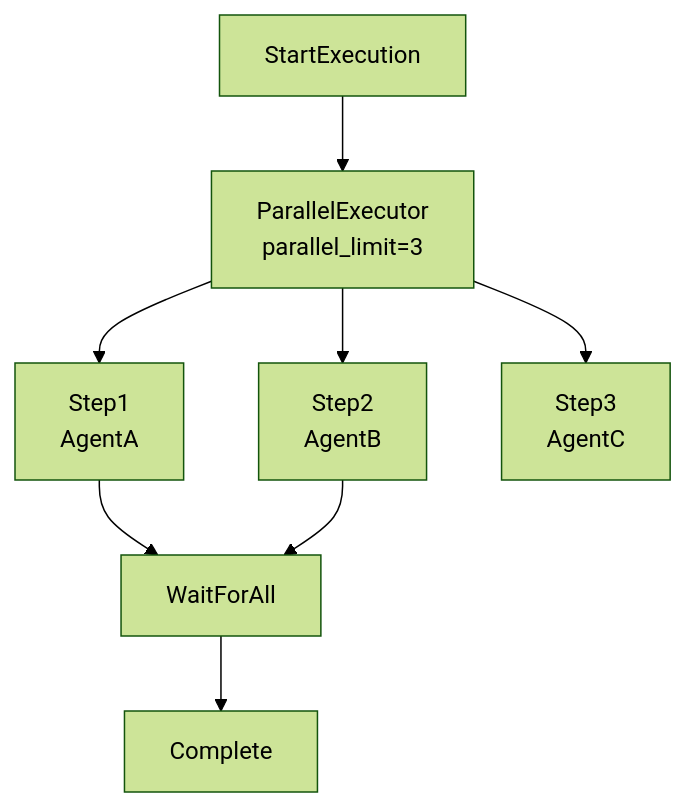
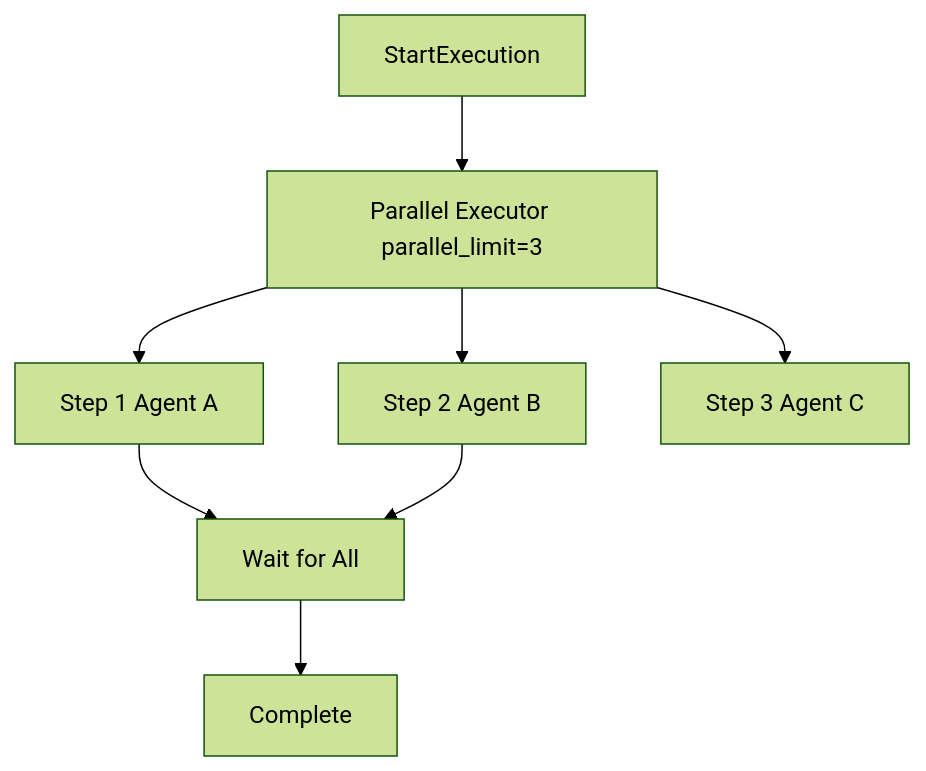
Before and after one commit to AutomatosAI/automatos-ai: the second of 6 diagrams in docs/workflows-recipes/execution-configuration.md, drawn with Mermaid (forest theme). The commit also changed other lines of this file and 188 other files, not shown here.

First line of the commit message:
docs: refresh architecture docs and add coverage for new subsystems (#1416)

````diff
--- a/docs/workflows-recipes/execution-configuration.md
+++ b/docs/workflows-recipes/execution-configuration.md
@@ -101,11 +93,11 @@
 ```mermaid
 graph TB
-    Start["StartExecution"] --> Parallel["ParallelExecutor<br/>parallel_limit=3"]
-    Parallel --> Step1["Step1<br/>AgentA"]
-    Parallel --> Step2["Step2<br/>AgentB"]
-    Parallel --> Step3["Step3<br/>AgentC"]
+    StartExecution["StartExecution"] --> ParallelExecutor["Parallel Executor parallel_limit=3"]
+    ParallelExecutor --> Step1["Step 1 Agent A"]
+    ParallelExecutor --> Step2["Step 2 Agent B"]
+    ParallelExecutor --> Step3["Step 3 Agent C"]
     
-    Step1 --> Sync["WaitForAll"]
-    Step2 --> Sync
-    Sync --> End["Complete"]
+    Step1 --> SyncPoint["Wait for All"]
+    Step2 --> SyncPoint
+    SyncPoint --> Complete["Complete"]
 ```
````
